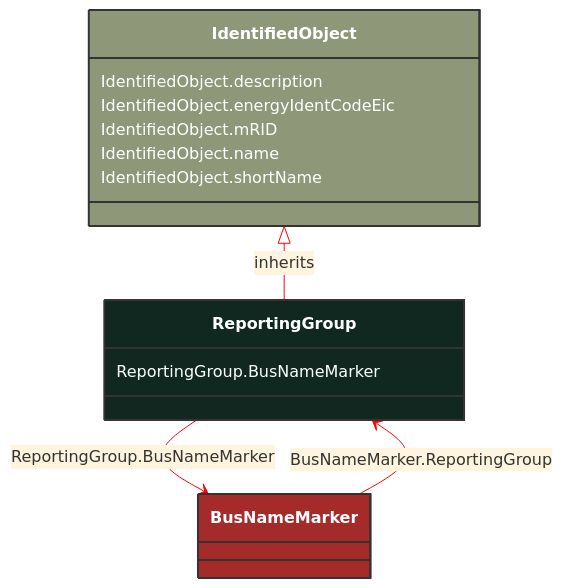
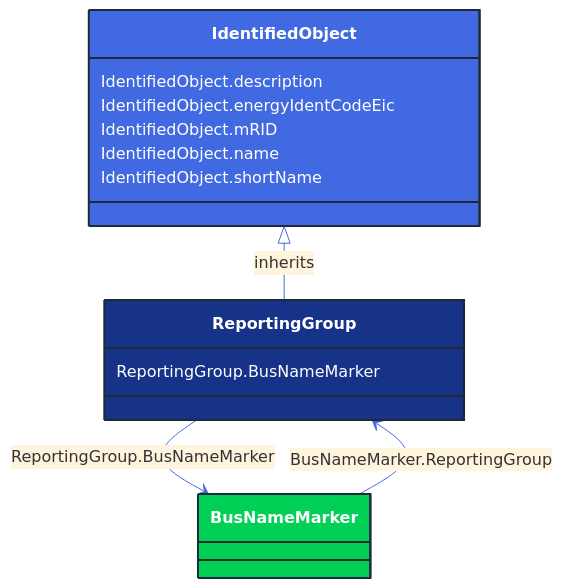
The diagram in docs/Models/Profiles/CoreEquipment/ConcreteClasses/ReportingGroup.md (3lbits/NoCIMExtensions), drawn with Mermaid before and after one commit. The commit also changed 362 other files, not shown here.

First line of the commit message:
Update diagrams and styles for improved visual consistency

````diff
--- a/docs/Models/Profiles/CoreEquipment/ConcreteClasses/ReportingGroup.md
+++ b/docs/Models/Profiles/CoreEquipment/ConcreteClasses/ReportingGroup.md
@@ -8,31 +8,31 @@
 ```mermaid
-%%{init: {'theme':'base','themeVariables': {'lineColor': '#FF0000'}}}%%
+%%{init: {'theme':'base','themeVariables': {'lineColor': '#4169E1'}}}%%
 classDiagram
     class ReportingGroup
     click ReportingGroup href "/Models/Profiles/CoreEquipment/ConcreteClasses/ReportingGroup/"
-    style ReportingGroup fill:#102820,stroke:#333,stroke-width:2px,rx:10,ry:10,color:white
+    style ReportingGroup fill:#163289,stroke:#1F2A37,stroke-width:2px,rx:10,ry:10,color:white
      
         IdentifiedObject <|-- ReportingGroup : inherits
             click IdentifiedObject href "/Models/Profiles/CoreEquipment/AbstractClasses/IdentifiedObject/"
-            style IdentifiedObject fill:#8F9779,stroke:#333,stroke-width:2px,rx:10,ry:10,color:white
+            style IdentifiedObject fill:#4169E1,stroke:#1F2A37,stroke-width:2px,rx:10,ry:10,color:white
 
         ReportingGroup --> BusNameMarker : ReportingGroup.BusNameMarker
 
         BusNameMarker
             click BusNameMarker href "/Models/Profiles/CoreEquipment/ConcreteClasses/BusNameMarker/"
-            style BusNameMarker fill:#A52A2A,stroke:#333,stroke-width:2px,rx:10,ry:10,color:white
+            style BusNameMarker fill:#00D156,stroke:#1F2A37,stroke-width:2px,rx:10,ry:10,color:white
 
         BusNameMarker --> ReportingGroup : BusNameMarker.ReportingGroup
 
         BusNameMarker
             click BusNameMarker href "/Models/Profiles/CoreEquipment/ConcreteClasses/BusNameMarker/"
-            style BusNameMarker fill:#A52A2A,stroke:#333,stroke-width:2px,rx:10,ry:10,color:white
+            style BusNameMarker fill:#00D156,stroke:#1F2A37,stroke-width:2px,rx:10,ry:10,color:white
 
 
         ReportingGroup : ReportingGroup.BusNameMarker
         IdentifiedObject : IdentifiedObject.description
         IdentifiedObject : IdentifiedObject.energyIdentCodeEic
         IdentifiedObject : IdentifiedObject.mRID
         IdentifiedObject : IdentifiedObject.name
         IdentifiedObject : IdentifiedObject.shortName
 ```
````
